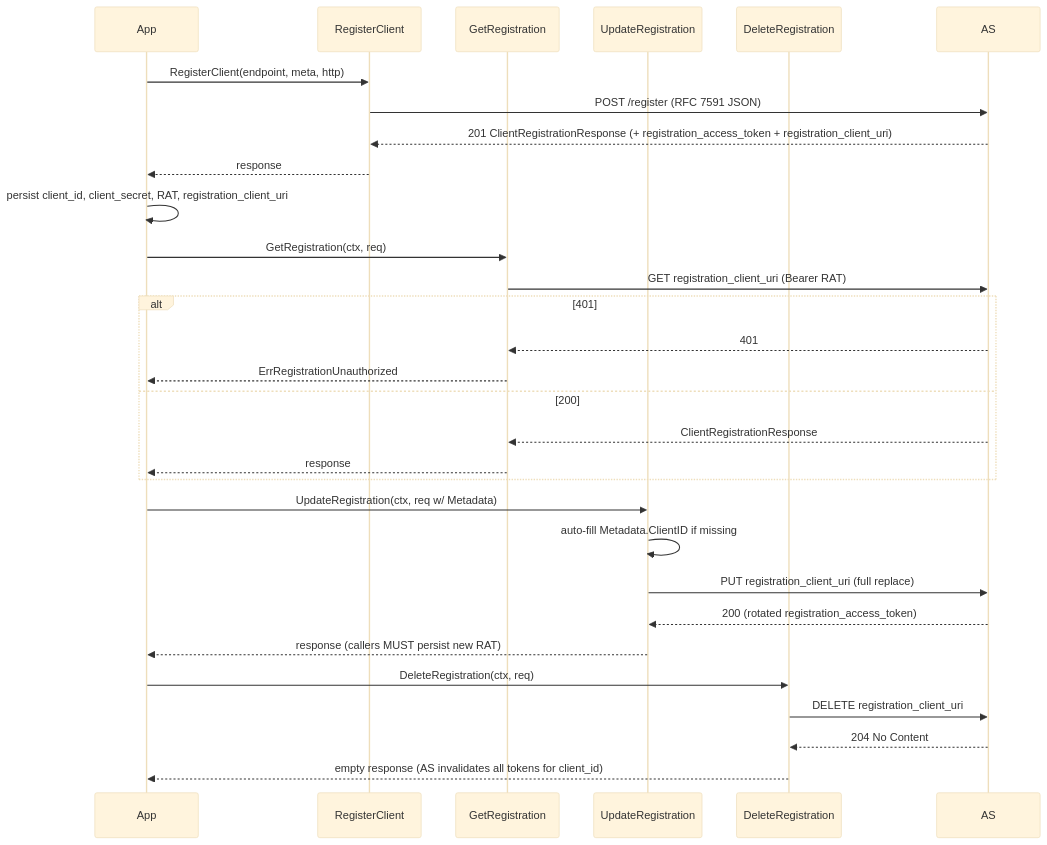
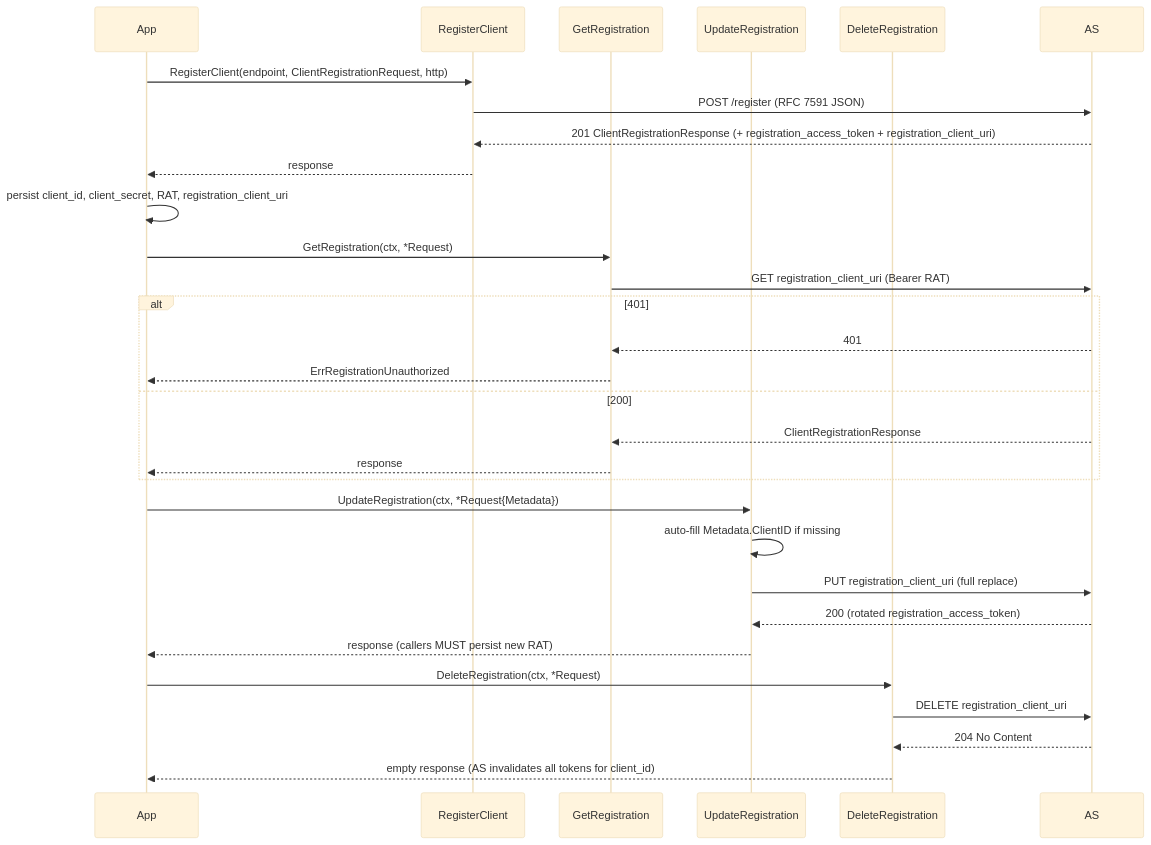
Before and after one commit to panyam/oneauth: the fourth of 4 diagrams in client/DESIGN.md, drawn with Mermaid (base theme). The commit also changed other lines of this file and 38 other files, not shown here.

````diff
--- a/client/DESIGN.md
+++ b/client/DESIGN.md
@@ -323,37 +252,37 @@
 ```mermaid
 sequenceDiagram
     participant App
     participant Reg as RegisterClient
     participant Get as GetRegistration
     participant Upd as UpdateRegistration
     participant Del as DeleteRegistration
     participant AS
 
-    App->>Reg: RegisterClient(endpoint, meta, http)
+    App->>Reg: RegisterClient(endpoint, ClientRegistrationRequest, http)
     Reg->>AS: POST /register (RFC 7591 JSON)
     AS-->>Reg: 201 ClientRegistrationResponse (+ registration_access_token + registration_client_uri)
     Reg-->>App: response
 
     App->>App: persist client_id, client_secret, RAT, registration_client_uri
 
-    App->>Get: GetRegistration(ctx, req)
+    App->>Get: GetRegistration(ctx, *Request)
     Get->>AS: GET registration_client_uri (Bearer RAT)
     alt 401
         AS-->>Get: 401
         Get-->>App: ErrRegistrationUnauthorized
     else 200
         AS-->>Get: ClientRegistrationResponse
         Get-->>App: response
     end
 
-    App->>Upd: UpdateRegistration(ctx, req w/ Metadata)
+    App->>Upd: UpdateRegistration(ctx, *Request{Metadata})
     Upd->>Upd: auto-fill Metadata.ClientID if missing
     Upd->>AS: PUT registration_client_uri (full replace)
     AS-->>Upd: 200 (rotated registration_access_token)
     Upd-->>App: response (callers MUST persist new RAT)
 
-    App->>Del: DeleteRegistration(ctx, req)
+    App->>Del: DeleteRegistration(ctx, *Request)
     Del->>AS: DELETE registration_client_uri
     AS-->>Del: 204 No Content
     Del-->>App: empty response (AS invalidates all tokens for client_id)
 ```
````
